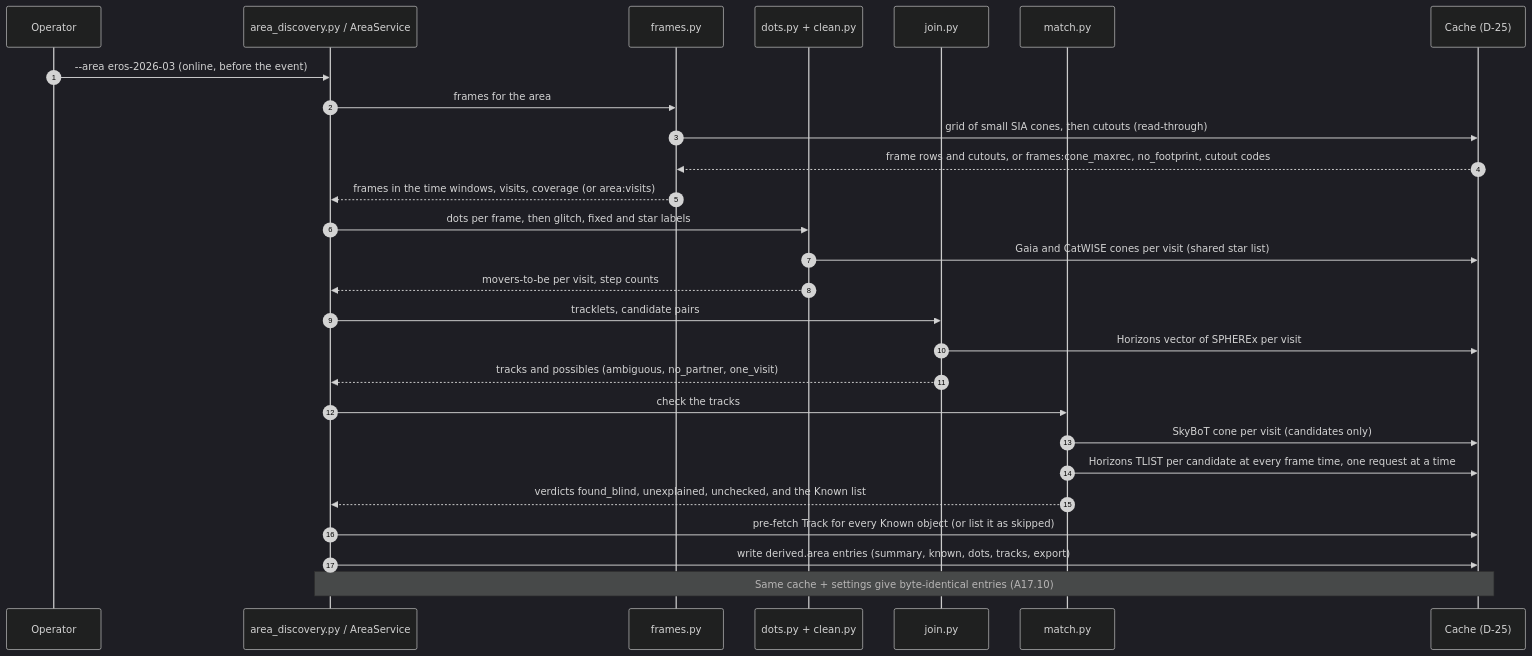
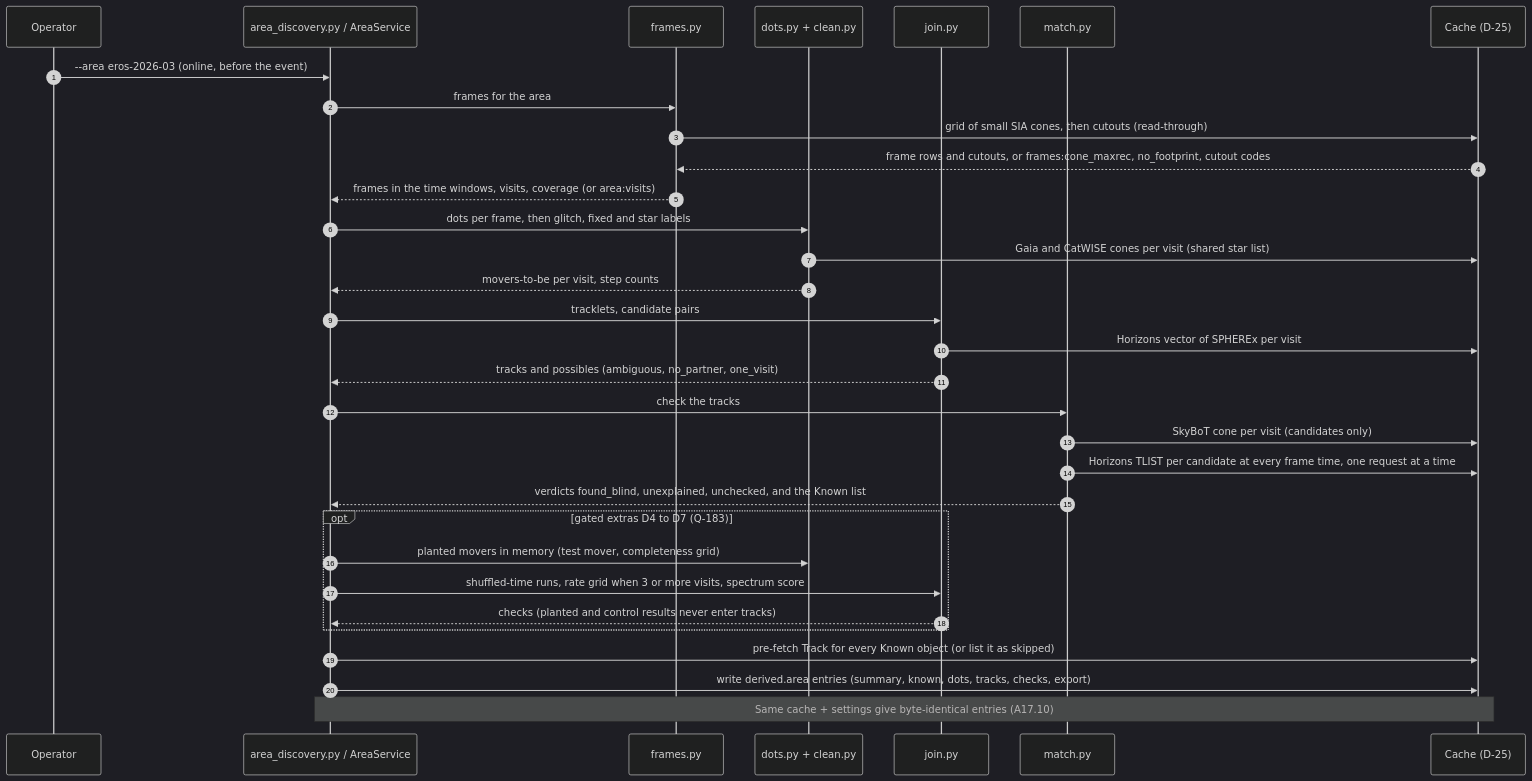
The second of 3 diagrams in docs/uml/22-area-search.md (0ffrian/SphereX), drawn with Mermaid (dark theme) before and after one commit. The commit also changed other lines of this file and 8 other files, not shown here.

First line of the commit message:
Add four gated research checks to the Area search spec (Q-183): completeness with a planted test mover, shuffled-time control, spectrum smoothness score, rate-grid linker

````diff
--- a/docs/uml/22-area-search.md
+++ b/docs/uml/22-area-search.md
@@ -70,29 +82,34 @@
 ```mermaid
 sequenceDiagram
   autonumber
   participant Op as Operator
   participant S as area_discovery.py / AreaService
   participant F as frames.py
   participant D as dots.py + clean.py
   participant J as join.py
   participant M as match.py
   participant C as Cache (D-25)
   Op->>S: --area eros-2026-03 (online, before the event)
   S->>F: frames for the area
   F->>C: grid of small SIA cones, then cutouts (read-through)
   C-->>F: frame rows and cutouts, or frames:cone_maxrec, no_footprint, cutout codes
   F-->>S: frames in the time windows, visits, coverage (or area:visits)
   S->>D: dots per frame, then glitch, fixed and star labels
   D->>C: Gaia and CatWISE cones per visit (shared star list)
   D-->>S: movers-to-be per visit, step counts
   S->>J: tracklets, candidate pairs
   J->>C: Horizons vector of SPHEREx per visit
   J-->>S: tracks and possibles (ambiguous, no_partner, one_visit)
   S->>M: check the tracks
   M->>C: SkyBoT cone per visit (candidates only)
   M->>C: Horizons TLIST per candidate at every frame time, one request at a time
   M-->>S: verdicts found_blind, unexplained, unchecked, and the Known list
+  opt gated extras D4 to D7 (Q-183)
+    S->>D: planted movers in memory (test mover, completeness grid)
+    S->>J: shuffled-time runs, rate grid when 3 or more visits, spectrum score
+    J-->>S: checks (planted and control results never enter tracks)
+  end
   S->>C: pre-fetch Track for every Known object (or list it as skipped)
-  S->>C: write derived.area entries (summary, known, dots, tracks, export)
+  S->>C: write derived.area entries (summary, known, dots, tracks, checks, export)
   Note over S,C: Same cache + settings give byte-identical entries (A17.10)
 ```
````
